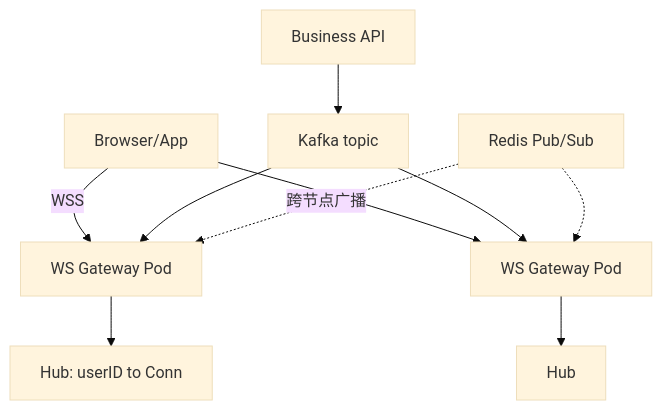
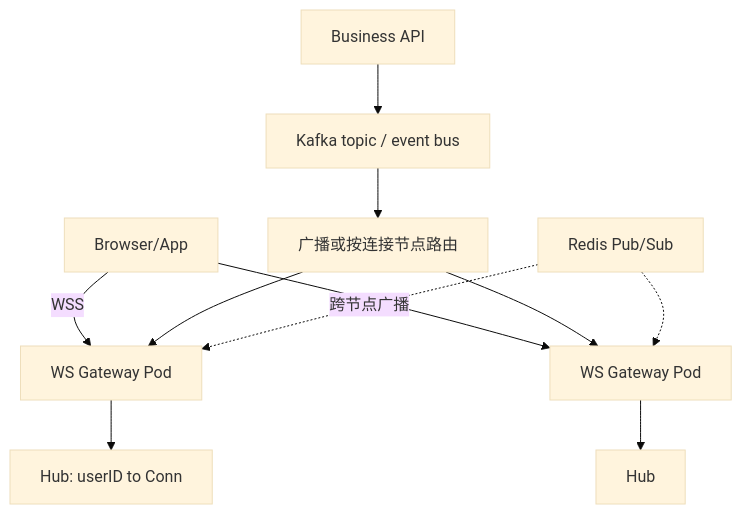
One commit to twodog-tt/Golang-development-manual changed the diagram in docs/interview/06-network-governance/S-NET-05-websocket-gateway.md. Above: the diagram before and after it, drawn with Mermaid (base theme). The commit also changed other lines of this file and 438 other files, not shown here.

````diff
--- a/docs/interview/06-network-governance/S-NET-05-websocket-gateway.md
+++ b/docs/interview/06-network-governance/S-NET-05-websocket-gateway.md
@@ -32,12 +33,13 @@
 ```mermaid
 flowchart TB
   Client[Browser/App] -->|WSS| GW1[WS Gateway Pod]
   Client --> GW2[WS Gateway Pod]
   GW1 --> Hub[Hub: userID to Conn]
   GW2 --> Hub2[Hub]
-  Kafka[Kafka topic] --> GW1
-  Kafka --> GW2
+  Kafka[Kafka topic / event bus] --> Fanout[广播或按连接节点路由]
+  Fanout --> GW1
+  Fanout --> GW2
   API[Business API] --> Kafka
   Redis[Redis Pub/Sub] -.->|跨节点广播| GW1
   Redis -.-> GW2
 ```
````
